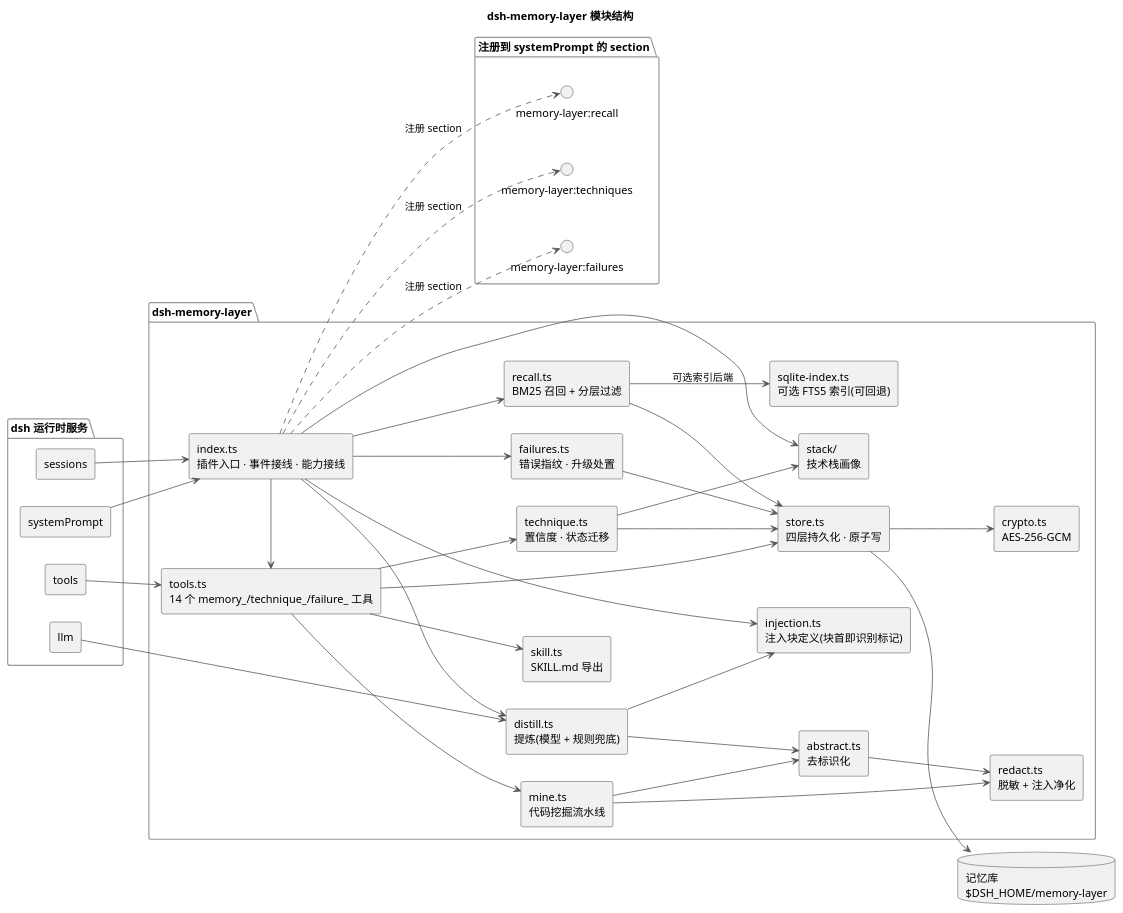
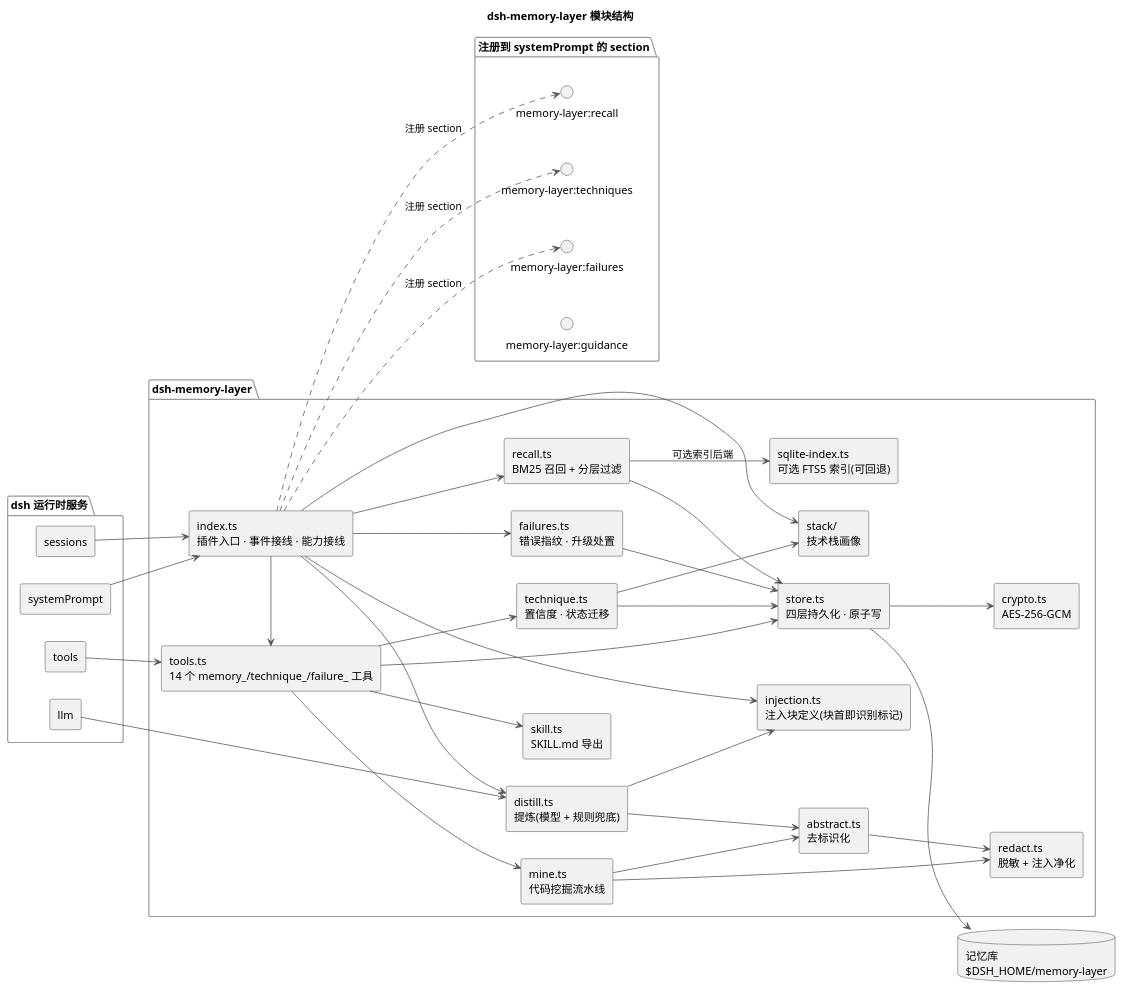
Before and after one commit to raitpor/dsh-memory-layer: the first of 5 diagrams in docs/architecture.puml, drawn with PlantUML. The commit also changed 9 other files, not shown here.

```diff
--- a/docs/architecture.puml
+++ b/docs/architecture.puml
@@ -1,78 +1,79 @@
 @startuml dsh-memory-layer-modules
 title dsh-memory-layer 模块结构
 
 skinparam componentStyle rectangle
 skinparam shadowing false
 skinparam ArrowColor #555555
 skinparam PackageBorderColor #999999
 
 left to right direction
 
 package "dsh 运行时服务" as RT {
   component "sessions" as SESS
   component "systemPrompt" as PROMPT
   component "tools" as TOOLS
   component "llm" as LLM
 }
 
 package "dsh-memory-layer" as ML {
   component "index.ts\n插件入口 · 事件接线 · 能力接线" as IDX
   component "tools.ts\n14 个 memory_/technique_/failure_ 工具" as TOOLS_IMPL
   component "store.ts\n四层持久化 · 原子写" as STORE
   component "distill.ts\n提炼(模型 + 规则兜底)" as DIST
   component "injection.ts\n注入块定义(块首即识别标记)" as INJ
   component "recall.ts\nBM25 召回 + 分层过滤" as REC
   component "sqlite-index.ts\n可选 FTS5 索引(可回退)" as SQLIDX
   component "technique.ts\n置信度 · 状态迁移" as TECH
   component "failures.ts\n错误指纹 · 升级处置" as FAIL
   component "mine.ts\n代码挖掘流水线" as MINE
   component "abstract.ts\n去标识化" as ABS
   component "redact.ts\n脱敏 + 注入净化" as RED
   component "crypto.ts\nAES-256-GCM" as CRY
   component "stack/\n技术栈画像" as STK
   component "skill.ts\nSKILL.md 导出" as SKILL
 }
 
 package "注册到 systemPrompt 的 section" as SEC {
   interface "memory-layer:recall" as IREC
   interface "memory-layer:techniques" as ITECH
   interface "memory-layer:failures" as IFAIL
+  interface "memory-layer:guidance" as IGUIDE
 }
 
 database "记忆库\n$DSH_HOME/memory-layer" as DB
 
 SESS --> IDX
 PROMPT --> IDX
 TOOLS --> TOOLS_IMPL
 LLM --> DIST
 
 IDX -right-> TOOLS_IMPL
 IDX ..> IREC : 注册 section
 IDX ..> ITECH : 注册 section
 IDX ..> IFAIL : 注册 section
 
 TOOLS_IMPL --> STORE
 TOOLS_IMPL --> TECH
 TOOLS_IMPL --> MINE
 TOOLS_IMPL --> SKILL
 IDX --> DIST
 IDX --> INJ
 DIST --> INJ
 IDX --> REC
 IDX --> FAIL
 IDX --> STK
 
 DIST --> ABS
 ABS --> RED
 MINE --> ABS
 MINE --> RED
 TECH --> STK
 STORE --> CRY
 STORE --> DB
 
 REC -down-> STORE
 REC -down-> SQLIDX : 可选索引后端
 TECH -down-> STORE
 FAIL -down-> STORE
 
 @enduml
```
